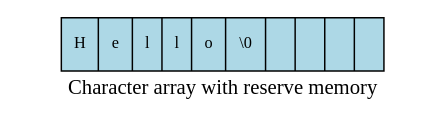
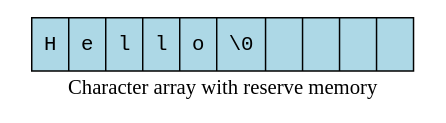
The second of 2 diagrams in _sources/string+vector/string.rst (DaveParillo/intermediate-cpp), drawn with Graphviz before and after one commit. The commit also changed other lines of this file and 1 other file, not shown here.

Commit message:
added template glossary item, rotated first array graph

```diff
--- a/_sources/string+vector/string.rst
+++ b/_sources/string+vector/string.rst
@@ -76,18 +85,18 @@
 .. graphviz::
 
    digraph c {
      rankdir=LR
      fontname = "Bitstream Vera Sans"
      label="Character array with reserve memory"
      node [
-        fontname = "Bitstream Vera Sans"
-        fontsize = 11
+        fontname = "Courier"
+        fontsize = 14
         shape = "record"
         style=filled
         fillcolor=lightblue
      ]
      arr [
         label = "{H|e|l|l|o|\\0| | | | }"
      ]
 
    }
```
